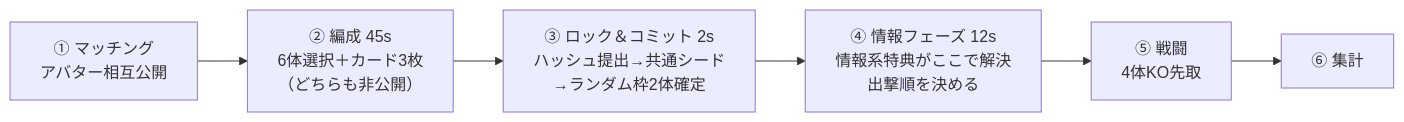
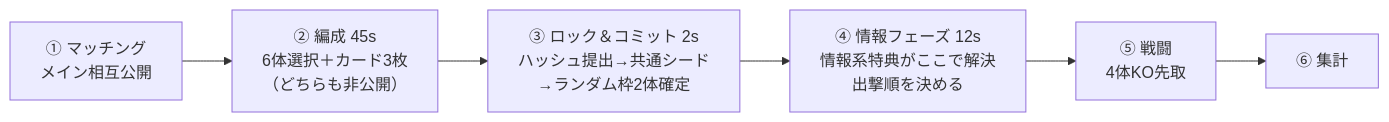
One commit to shogodayo0210-oss/- changed the diagram in game/README.md. Above: the diagram before and after it, drawn with Mermaid. The commit also changed other lines of this file and 5 other files, not shown here.

````diff
--- a/game/README.md
+++ b/game/README.md
@@ -37,8 +37,8 @@
 ```mermaid
 flowchart LR
-  A["① マッチング<br/>アバター相互公開"] --> B["② 編成 45s<br/>6体選択＋カード3枚<br/>（どちらも非公開）"]
+  A["① マッチング<br/>メイン相互公開"] --> B["② 編成 45s<br/>6体選択＋カード3枚<br/>（どちらも非公開）"]
   B --> C["③ ロック＆コミット 2s<br/>ハッシュ提出→共通シード<br/>→ランダム枠2体確定"]
   C --> D["④ 情報フェーズ 12s<br/>情報系特典がここで解決<br/>出撃順を決める"]
   D --> E["⑤ 戦闘<br/>4体KO先取"]
   E --> F["⑥ 集計"]
 ```
````
